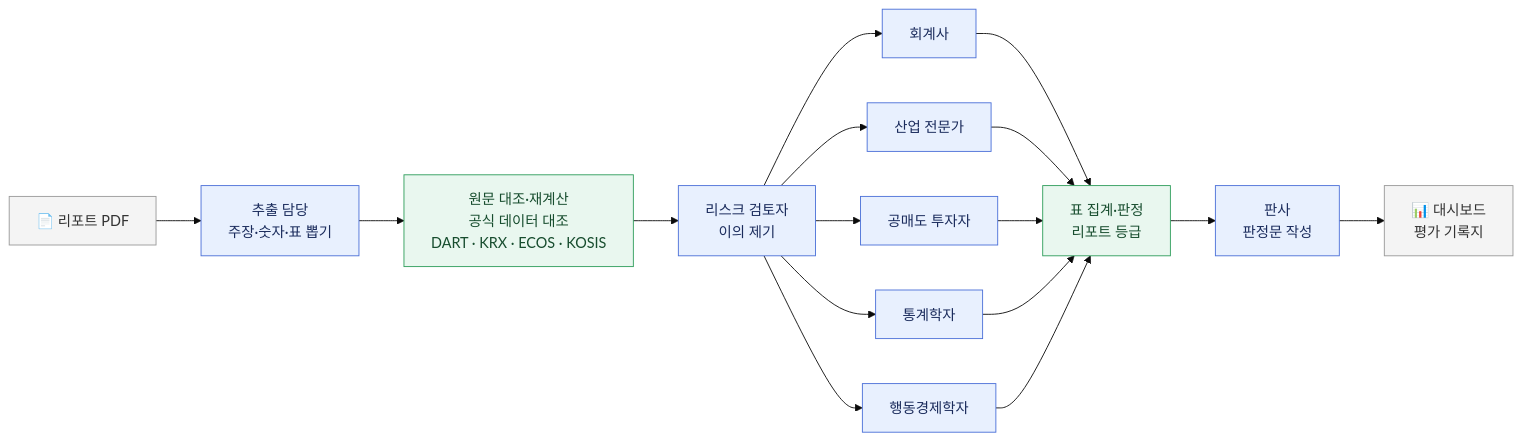
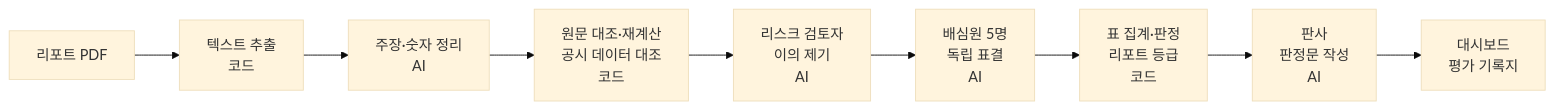
One commit to chaejuseong-spec/objection-to-buy changed the diagram in README.md. Above: the diagram before and after it, drawn with Mermaid (base theme). The commit also changed other lines of this file and 130 other files, not shown here.

````diff
--- a/README.md
+++ b/README.md
@@ -40,21 +43,11 @@
 ```mermaid
 flowchart LR
-  A[📄 리포트 PDF] --> B[추출 담당<br/>주장·숫자·표 뽑기]
-  B --> C[원문 대조·재계산<br/>공식 데이터 대조<br/>DART · KRX · ECOS · KOSIS]
-  C --> D[리스크 검토자<br/>이의 제기]
-  D --> J1[회계사]
-  D --> J2[산업 전문가]
-  D --> J3[공매도 투자자]
-  D --> J4[통계학자]
-  D --> J5[행동경제학자]
-  J1 & J2 & J3 & J4 & J5 --> E[표 집계·판정<br/>리포트 등급]
-  E --> F[판사<br/>판정문 작성]
-  F --> G[📊 대시보드<br/>평가 기록지]
-
-  classDef ai fill:#E8F0FE,stroke:#4A6FD8,color:#1A2B5C
-  classDef code fill:#E9F7EF,stroke:#2E9D5B,color:#174D2E
-  classDef io fill:#F4F4F4,stroke:#999,color:#333
-  class B,D,J1,J2,J3,J4,J5,F ai
-  class C,E code
-  class A,G io
+  A[리포트 PDF] --> B[텍스트 추출<br/>코드]
+  B --> C[주장·숫자 정리<br/>AI]
+  C --> D[원문 대조·재계산<br/>공시 데이터 대조<br/>코드]
+  D --> E[리스크 검토자<br/>이의 제기<br/>AI]
+  E --> F[배심원 5명<br/>독립 표결<br/>AI]
+  F --> G[표 집계·판정<br/>리포트 등급<br/>코드]
+  G --> H[판사<br/>판정문 작성<br/>AI]
+  H --> I[대시보드<br/>평가 기록지]
 ```
````
